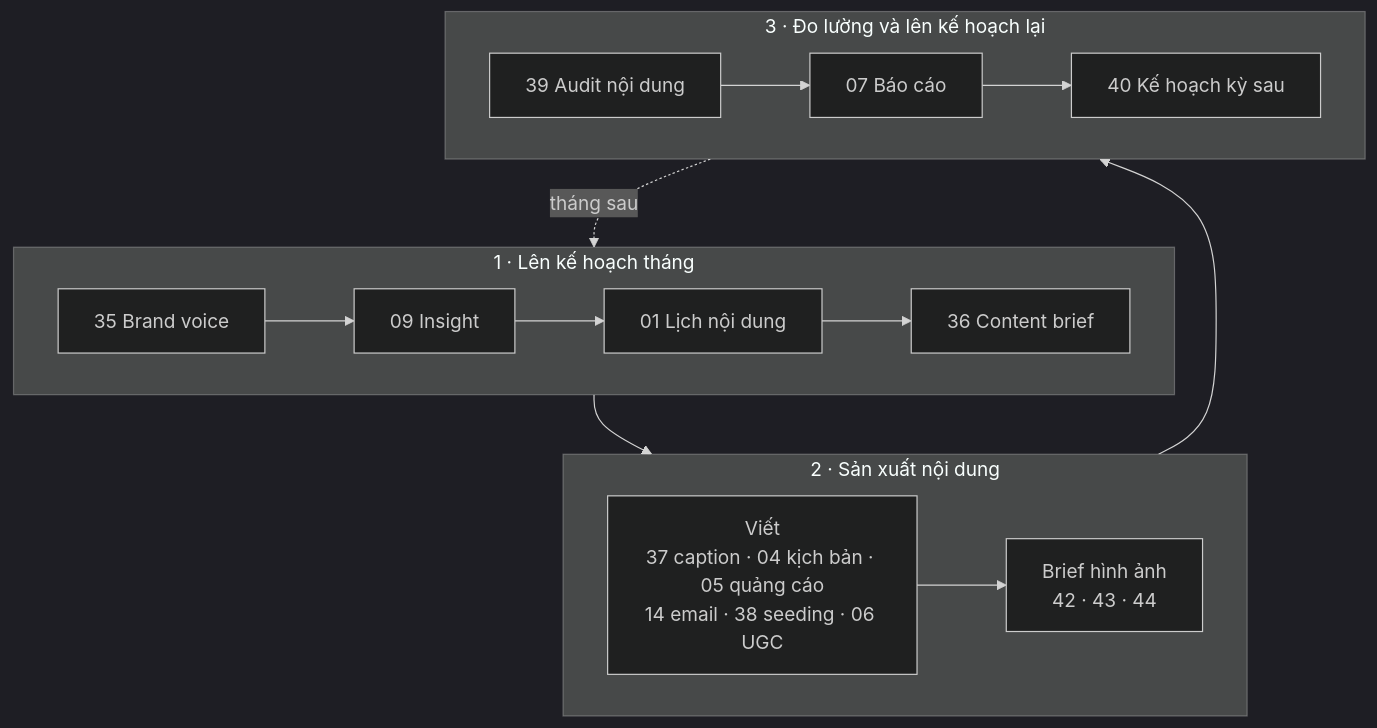
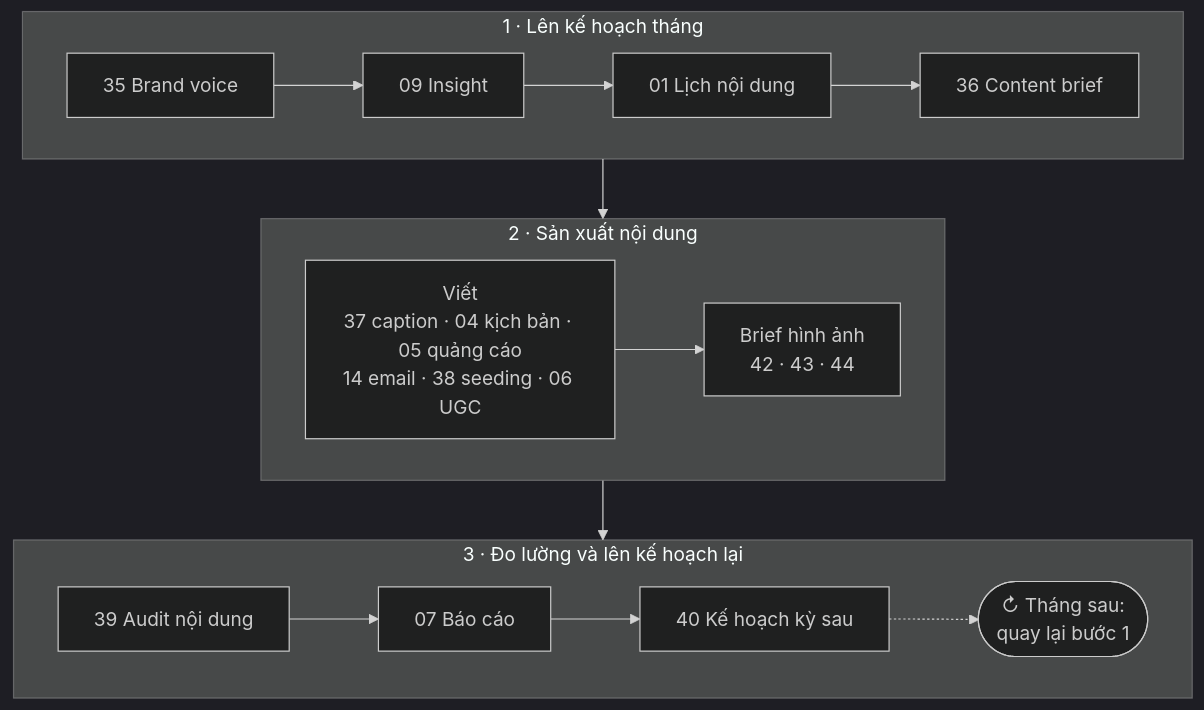
One commit to minhnv0807/ai-business-skills changed the fifth of 8 diagrams in README.vi.md. Above: the diagram before and after it, drawn with Mermaid (dark theme). The commit also changed other lines of this file and 1 other file, not shown here.

````diff
--- a/README.vi.md
+++ b/README.vi.md
@@ -277,17 +275,16 @@
 ```mermaid
 flowchart TB
     subgraph PREP["1 · Lên kế hoạch tháng"]
         direction LR
         V["35 Brand voice"] --> I["09 Insight"] --> CAL["01 Lịch nội dung"] --> BR["36 Content brief"]
     end
     subgraph MAKE["2 · Sản xuất nội dung"]
         direction LR
         W["Viết<br/>37 caption · 04 kịch bản · 05 quảng cáo<br/>14 email · 38 seeding · 06 UGC"] --> VIS["Brief hình ảnh<br/>42 · 43 · 44"]
     end
     subgraph LEARN["3 · Đo lường và lên kế hoạch lại"]
         direction LR
-        AU["39 Audit nội dung"] --> RP["07 Báo cáo"] --> NX["40 Kế hoạch kỳ sau"]
+        AU["39 Audit nội dung"] --> RP["07 Báo cáo"] --> NX["40 Kế hoạch kỳ sau"] -.-> AGAIN(["↻ Tháng sau:<br/>quay lại bước 1"])
     end
     PREP --> MAKE --> LEARN
-    LEARN -.->|tháng sau| PREP
 ```
````
